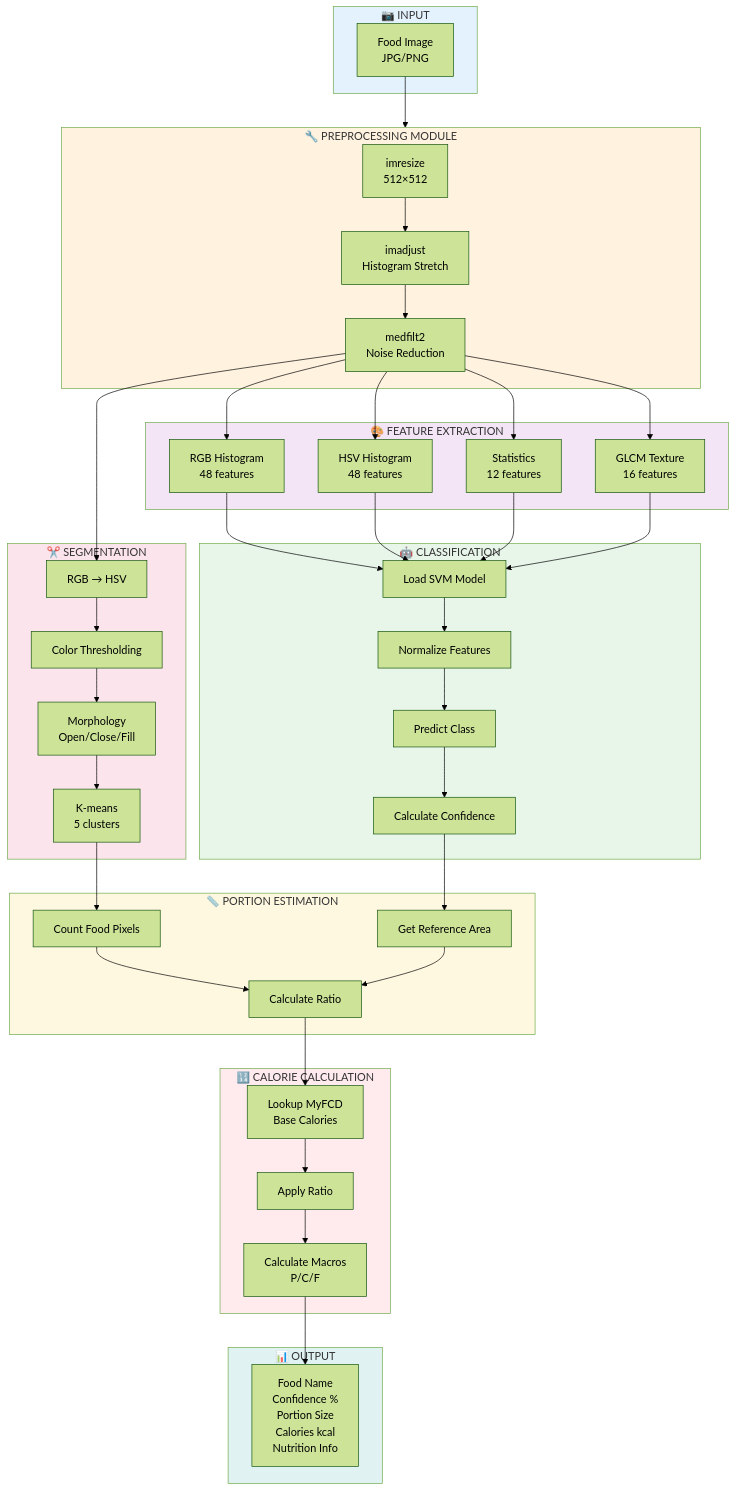
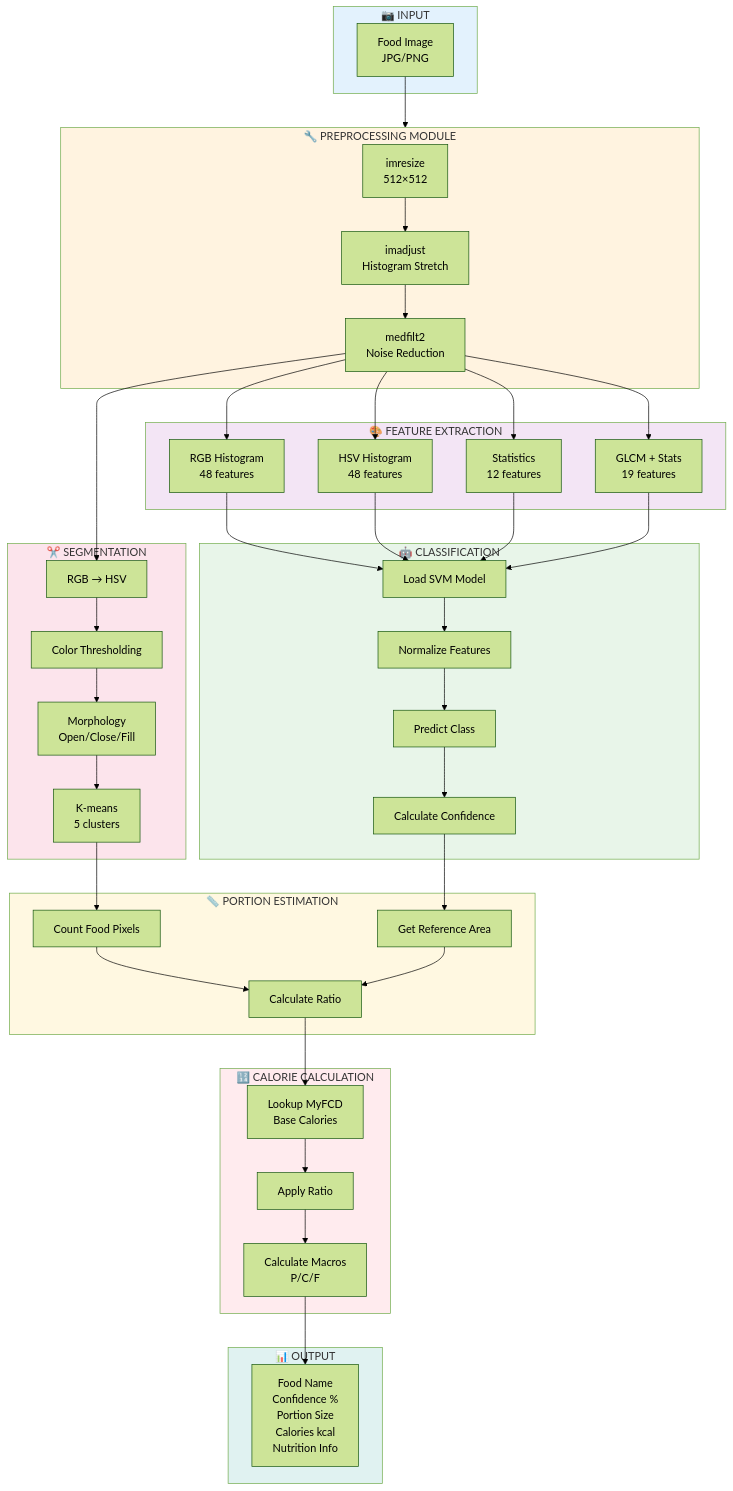
The third of 3 diagrams in README.md (izwanGit/malaysian-food-recognition), drawn with Mermaid (forest theme) before and after one commit. The commit also changed 1 other file, not shown here.

Commit message:
fix: Found 2 more hidden inconsistencies - texture features 16→19
- testFeatureExtraction.m: Test 2 assertions updated
- README.md: Mermaid diagram feature count updated

ALL consistency checks now pass. Zero discrepancies remaining.

````diff
--- a/README.md
+++ b/README.md
@@ -339,73 +339,73 @@
 ```mermaid
 flowchart TB
     subgraph INPUT["📷 INPUT"]
         A[Food Image<br/>JPG/PNG]
     end
     
     subgraph PREPROCESS["🔧 PREPROCESSING MODULE"]
         B1[imresize<br/>512×512]
         B2[imadjust<br/>Histogram Stretch]
         B3[medfilt2<br/>Noise Reduction]
         B1 --> B2 --> B3
     end
     
     subgraph FEATURES["🎨 FEATURE EXTRACTION"]
         C1[RGB Histogram<br/>48 features]
         C2[HSV Histogram<br/>48 features]
         C3[Statistics<br/>12 features]
-        C4[GLCM Texture<br/>16 features]
+        C4[GLCM + Stats<br/>19 features]
     end
     
     subgraph CLASSIFY["🤖 CLASSIFICATION"]
         D1[Load SVM Model]
         D2[Normalize Features]
         D3[Predict Class]
         D4[Calculate Confidence]
         D1 --> D2 --> D3 --> D4
     end
     
     subgraph SEGMENT["✂️ SEGMENTATION"]
         E1[RGB → HSV]
         E2[Color Thresholding]
         E3[Morphology<br/>Open/Close/Fill]
         E4[K-means<br/>5 clusters]
         E1 --> E2 --> E3 --> E4
     end
     
     subgraph PORTION["📏 PORTION ESTIMATION"]
         F1[Count Food Pixels]
         F2[Get Reference Area]
         F3[Calculate Ratio]
         F1 --> F3
         F2 --> F3
     end
     
     subgraph CALORIES["🔢 CALORIE CALCULATION"]
         G1[Lookup MyFCD<br/>Base Calories]
         G2[Apply Ratio]
         G3[Calculate Macros<br/>P/C/F]
         G1 --> G2 --> G3
     end
     
     subgraph OUTPUT["📊 OUTPUT"]
         H[Food Name<br/>Confidence %<br/>Portion Size<br/>Calories kcal<br/>Nutrition Info]
     end
     
     A --> PREPROCESS
     B3 --> C1 & C2 & C3 & C4
     C1 & C2 & C3 & C4 --> D1
     B3 --> E1
     D4 --> F2
     E4 --> F1
     F3 --> G1
     G3 --> H
     
     style INPUT fill:#e3f2fd
     style PREPROCESS fill:#fff3e0
     style FEATURES fill:#f3e5f5
     style CLASSIFY fill:#e8f5e9
     style SEGMENT fill:#fce4ec
     style PORTION fill:#fff8e1
     style CALORIES fill:#ffebee
     style OUTPUT fill:#e0f2f1
 ```
````
